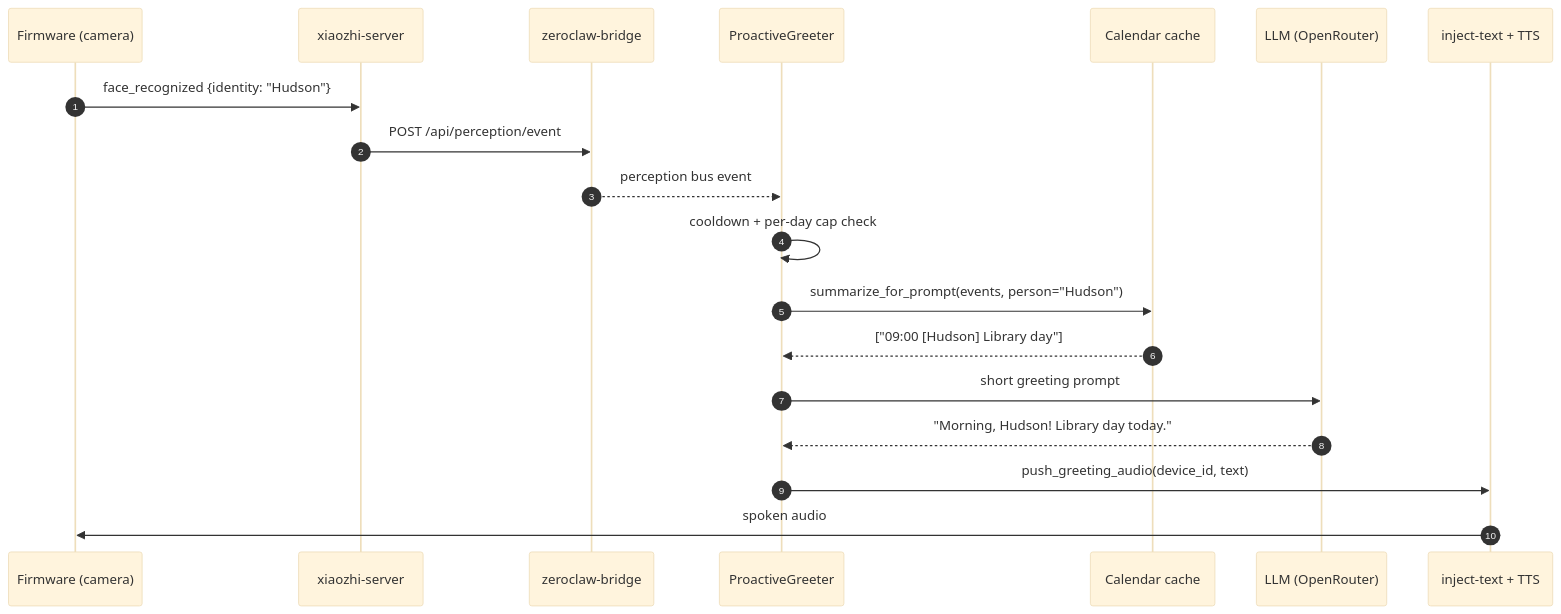
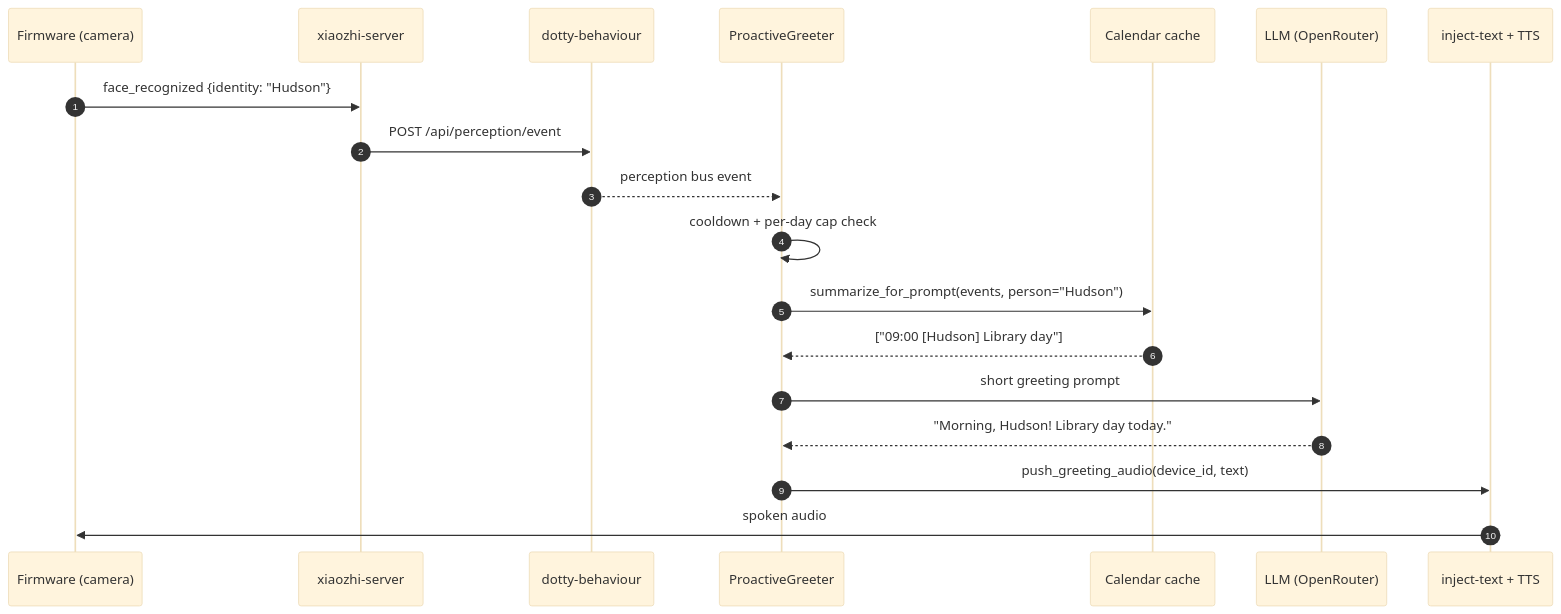
One commit to BrettKinny/dotty-stackchan changed the diagram in docs/proactive-greetings.md. Above: the diagram before and after it, drawn with Mermaid (base theme). The commit also changed other lines of this file and 39 other files, not shown here.

````diff
--- a/docs/proactive-greetings.md
+++ b/docs/proactive-greetings.md
@@ -27,22 +27,22 @@
 ```mermaid
 sequenceDiagram
     autonumber
     participant FW as Firmware (camera)
     participant XZ as xiaozhi-server
-    participant BR as zeroclaw-bridge
+    participant DB as dotty-behaviour
     participant PG as ProactiveGreeter
     participant CAL as Calendar cache
     participant LLM as LLM (OpenRouter)
     participant TTS as inject-text + TTS
 
     FW->>XZ: face_recognized {identity: "Hudson"}
-    XZ->>BR: POST /api/perception/event
-    BR-->>PG: perception bus event
+    XZ->>DB: POST /api/perception/event
+    DB-->>PG: perception bus event
     PG->>PG: cooldown + per-day cap check
     PG->>CAL: summarize_for_prompt(events, person="Hudson")
     CAL-->>PG: ["09:00 [Hudson] Library day"]
     PG->>LLM: short greeting prompt
     LLM-->>PG: "Morning, Hudson! Library day today."
     PG->>TTS: push_greeting_audio(device_id, text)
     TTS->>FW: spoken audio
 ```
````
